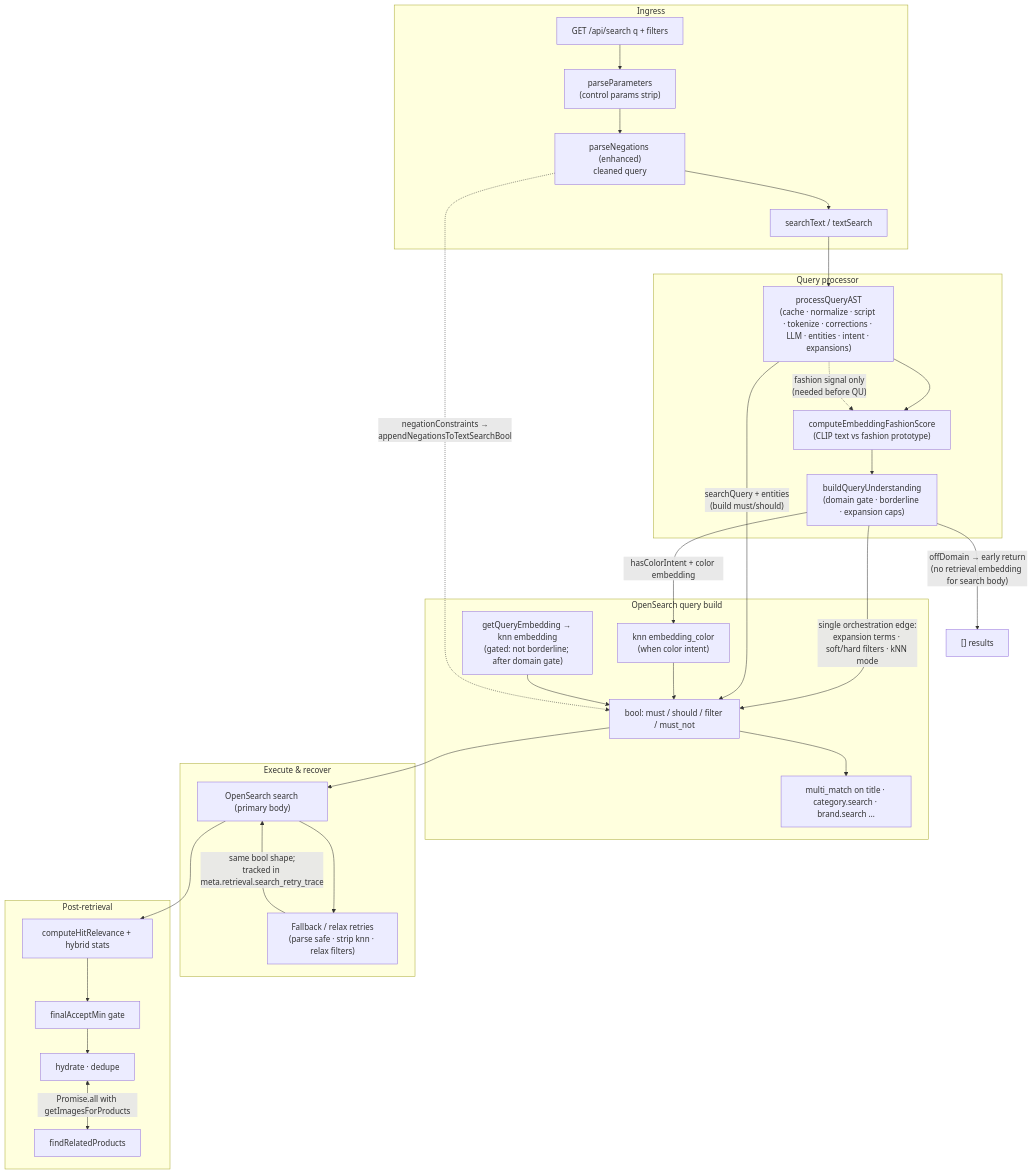
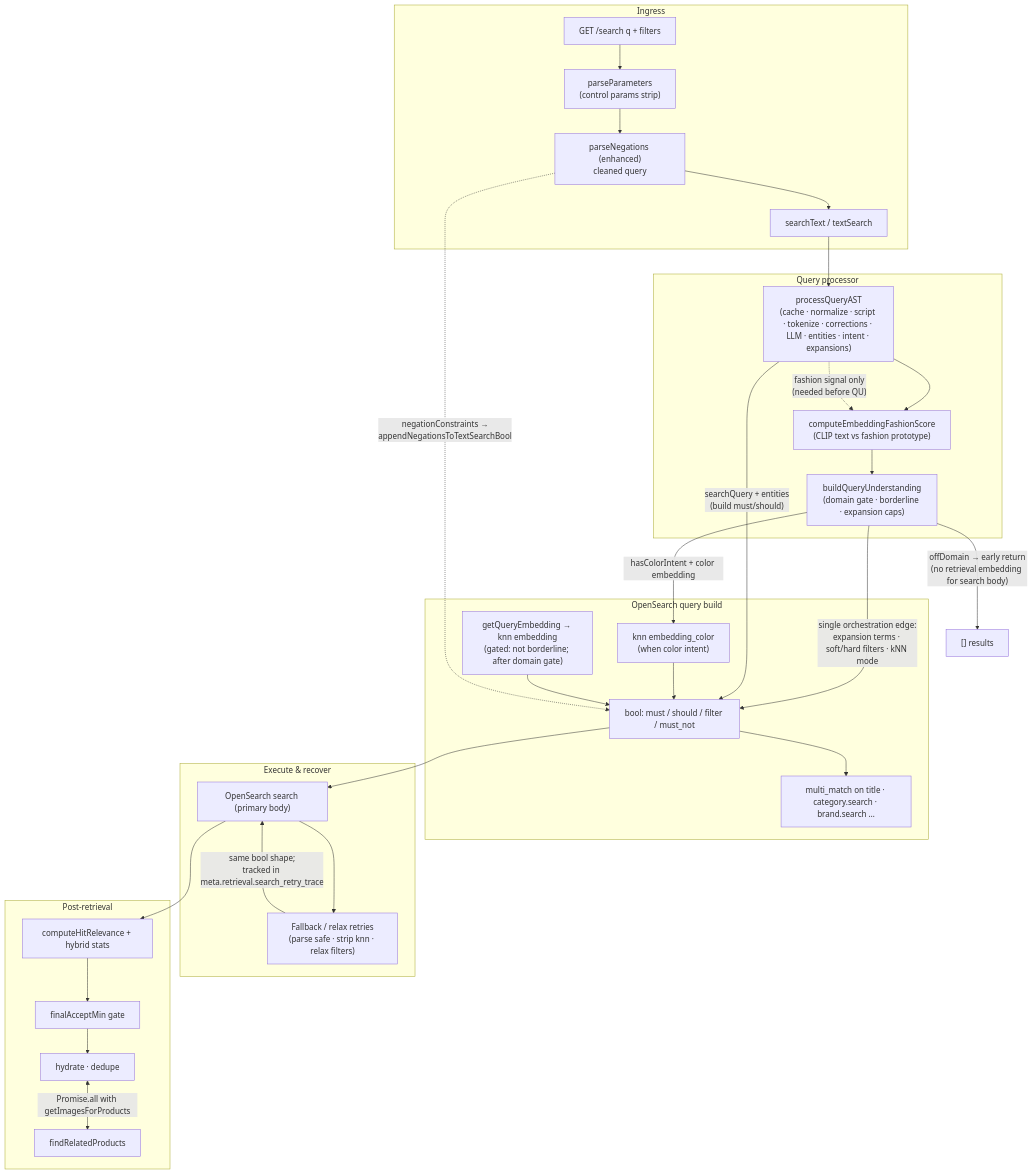
The diagram in docs/text-search-architecture.md (razannghrayeb/marketplace), drawn with Mermaid before and after one commit. The commit also changed other lines of this file and 18 other files, not shown here.

````diff
--- a/docs/text-search-architecture.md
+++ b/docs/text-search-architecture.md
@@ -7,55 +9,55 @@
 ```mermaid
 flowchart TB
   subgraph ingress["Ingress"]
-    REQ["GET /api/search q + filters"]
+    REQ["GET /search q + filters"]
     PARSE["parseParameters\n(control params strip)"]
     NEGP["parseNegations (enhanced)\ncleaned query"]
     FACADE["searchText / textSearch"]
     REQ --> PARSE --> NEGP --> FACADE
   end
 
   subgraph qp["Query processor"]
     AST["processQueryAST\n(cache · normalize · script · tokenize · corrections · LLM · entities · intent · expansions)"]
     EF["computeEmbeddingFashionScore\n(CLIP text vs fashion prototype)"]
     QU["buildQueryUnderstanding\n(domain gate · borderline · expansion caps)"]
     AST --> EF
     EF --> QU
   end
 
   FACADE --> AST
 
   subgraph osbuild["OpenSearch query build"]
     BOOL["bool: must / should / filter / must_not"]
     BM25["multi_match on title · category.search · brand.search …"]
     COL["knn embedding_color\n(when color intent)"]
     TXTEMB["getQueryEmbedding → knn embedding\n(gated: not borderline; after domain gate)"]
     BOOL --> BM25
     QU -->|"single orchestration edge:\nexpansion terms · soft/hard filters · kNN mode"| BOOL
     QU -->|"hasColorIntent + color embedding"| COL
     AST -->|"searchQuery + entities\n(build must/should)"| BOOL
     COL --> BOOL
     TXTEMB --> BOOL
     NEGP -.->|"negationConstraints →\nappendNegationsToTextSearchBool"| BOOL
   end
 
   QU -->|"offDomain → early return\n(no retrieval embedding for search body)"| HALT["[] results"]
   AST -.->|"fashion signal only\n(needed before QU)"| EF
 
   subgraph exec["Execute & recover"]
     OS1["OpenSearch search (primary body)"]
     FB["Fallback / relax retries\n(parse safe · strip knn · relax filters)"]
     OS1 --> FB
     FB -->|"same bool shape;\ntracked in meta.retrieval.search_retry_trace"| OS1
   end
 
   BOOL --> OS1
 
   subgraph post["Post-retrieval"]
     REL["computeHitRelevance + hybrid stats"]
     GATE["finalAcceptMin gate"]
     HYDR["hydrate · dedupe"]
     RELP["findRelatedProducts"]
     OS1 --> REL --> GATE --> HYDR
     HYDR <-->|"Promise.all with getImagesForProducts"| RELP
   end
 ```
````
